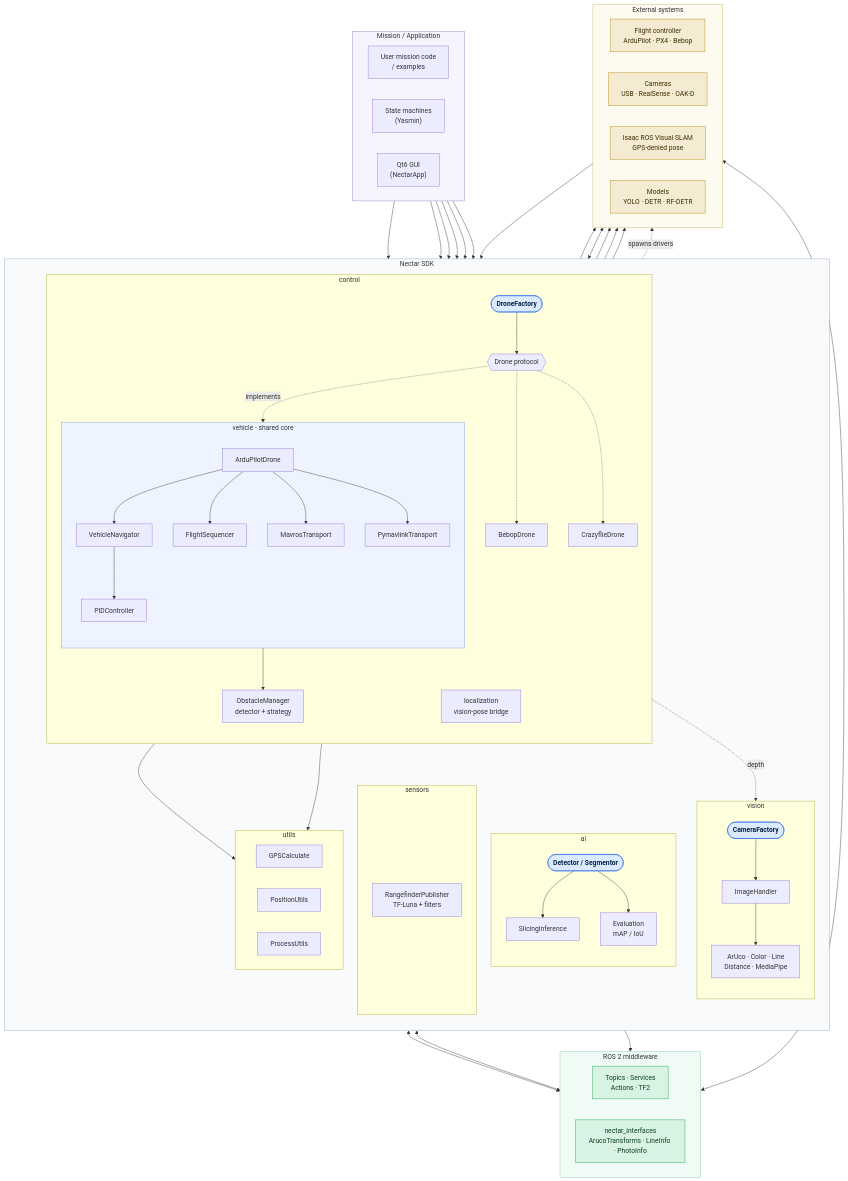
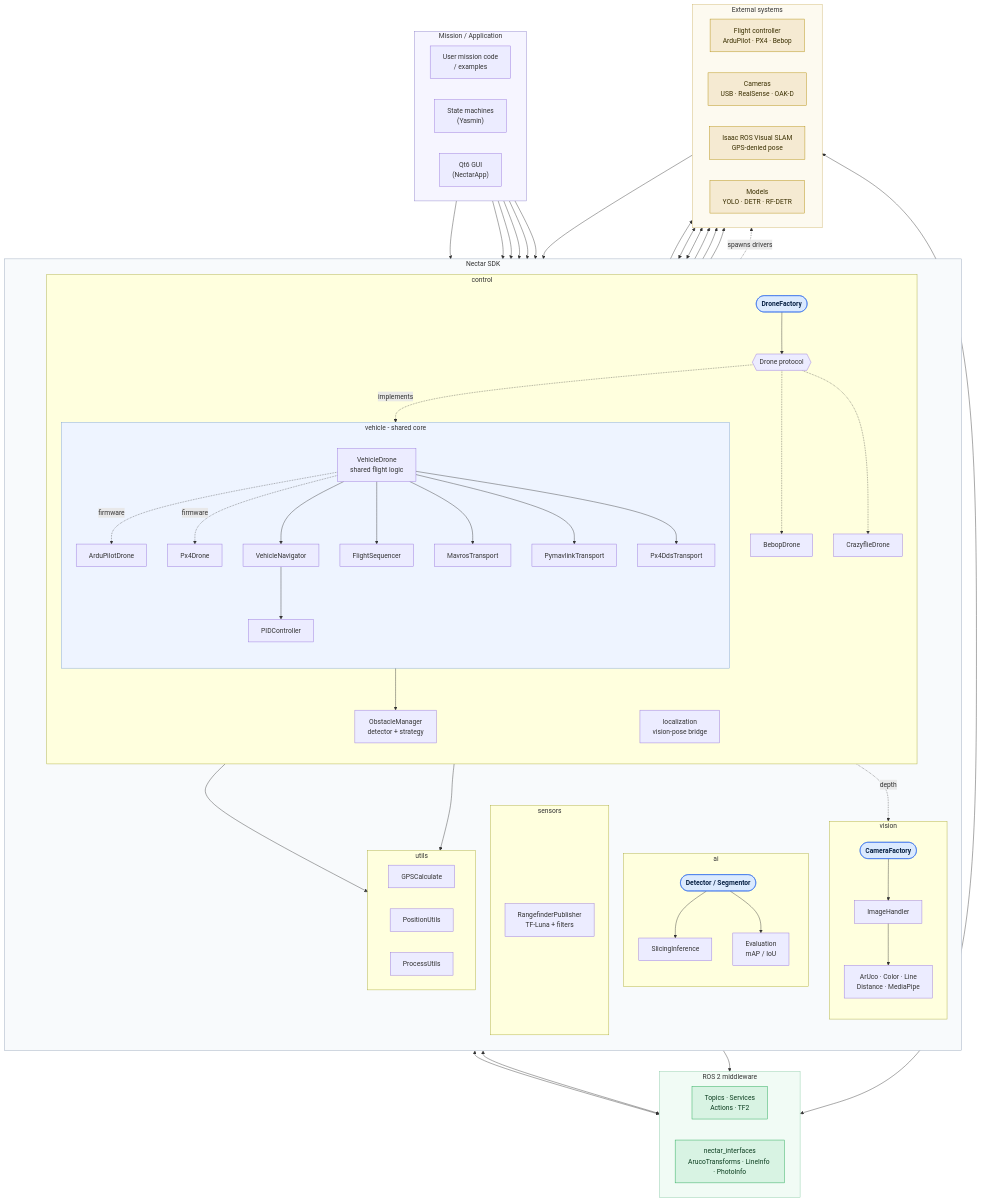
Before and after one commit to Black-Bee-Drones/nectar-sdk: the diagram in README.md, drawn with Mermaid. The commit also changed 13 other files, not shown here.

Commit message:
docs: sync diagrams and docs

```diff
--- a/README.md
+++ b/README.md
@@ -250,12 +250,15 @@
             DroneProto{{"Drone protocol"}}
             subgraph CORE["vehicle - shared core"]
                 direction TB
+                VehicleDrone["VehicleDrone<br/>shared flight logic"]
                 ArduPilotDrone["ArduPilotDrone"]
+                Px4Drone["Px4Drone"]
                 Navigator["VehicleNavigator"]
                 Sequencer["FlightSequencer"]
                 PID["PIDController"]
                 MavrosT["MavrosTransport"]
                 PymavlinkT["PymavlinkTransport"]
+                DdsT["Px4DdsTransport"]
             end
             Bebop["BebopDrone"]
             Crazyflie["CrazyflieDrone"]
@@ -308,10 +311,11 @@
     GUI --> DroneFactory & CameraFactory
 
     DroneFactory --> DroneProto
-    DroneProto -. implements .-> ArduPilotDrone
+    DroneProto -. implements .-> VehicleDrone
     DroneProto -.-> Bebop
     DroneProto -.-> Crazyflie
-    ArduPilotDrone --> Navigator & Sequencer & ObstacleMgr & MavrosT & PymavlinkT
+    VehicleDrone -. firmware .-> ArduPilotDrone & Px4Drone
+    VehicleDrone --> Navigator & Sequencer & ObstacleMgr & MavrosT & PymavlinkT & DdsT
     Navigator --> PID & GPSU & PosU
 
     CameraFactory --> ImageHandler --> VisAlgos
@@ -320,6 +324,7 @@
 
     MavrosT <--> Topics
     PymavlinkT <--> FCU
+    DdsT <--> FCU
     VSLAM --> VisionBridge --> FCU
     Rangefinder --> FCU
     Topics <--> FCU
```
